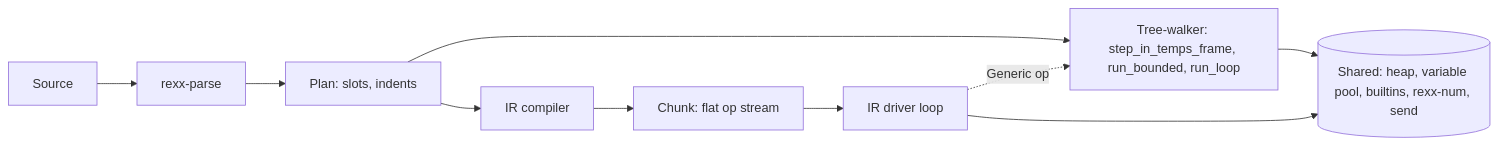
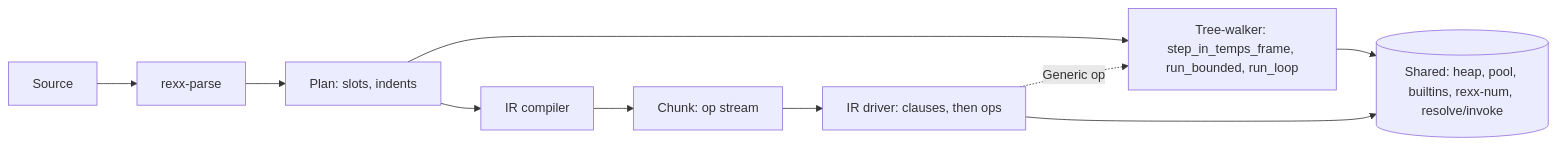
Before and after one commit to antiguru/ooRexx: the diagram in docs/superpowers/specs/2026-08-08-phase-4e-ir-design.md, drawn with Mermaid. The commit also changed other lines of this file, not shown here.

````diff
--- a/docs/superpowers/specs/2026-08-08-phase-4e-ir-design.md
+++ b/docs/superpowers/specs/2026-08-08-phase-4e-ir-design.md
@@ -84,12 +89,12 @@
 ```mermaid
 graph LR
   src[Source] --> parse[rexx-parse]
   parse --> plan[Plan: slots, indents]
   plan --> tw[Tree-walker: step_in_temps_frame, run_bounded, run_loop]
   plan --> comp[IR compiler]
-  comp --> chunk[Chunk: flat op stream]
-  chunk --> vm[IR driver loop]
+  comp --> chunk[Chunk: op stream]
+  chunk --> vm[IR driver: clauses, then ops]
   vm -. Generic op .-> tw
-  tw --> shared[(Shared: heap, variable pool, builtins, rexx-num, send)]
+  tw --> shared[(Shared: heap, pool, builtins, rexx-num, resolve/invoke)]
   vm --> shared
 ```
````
